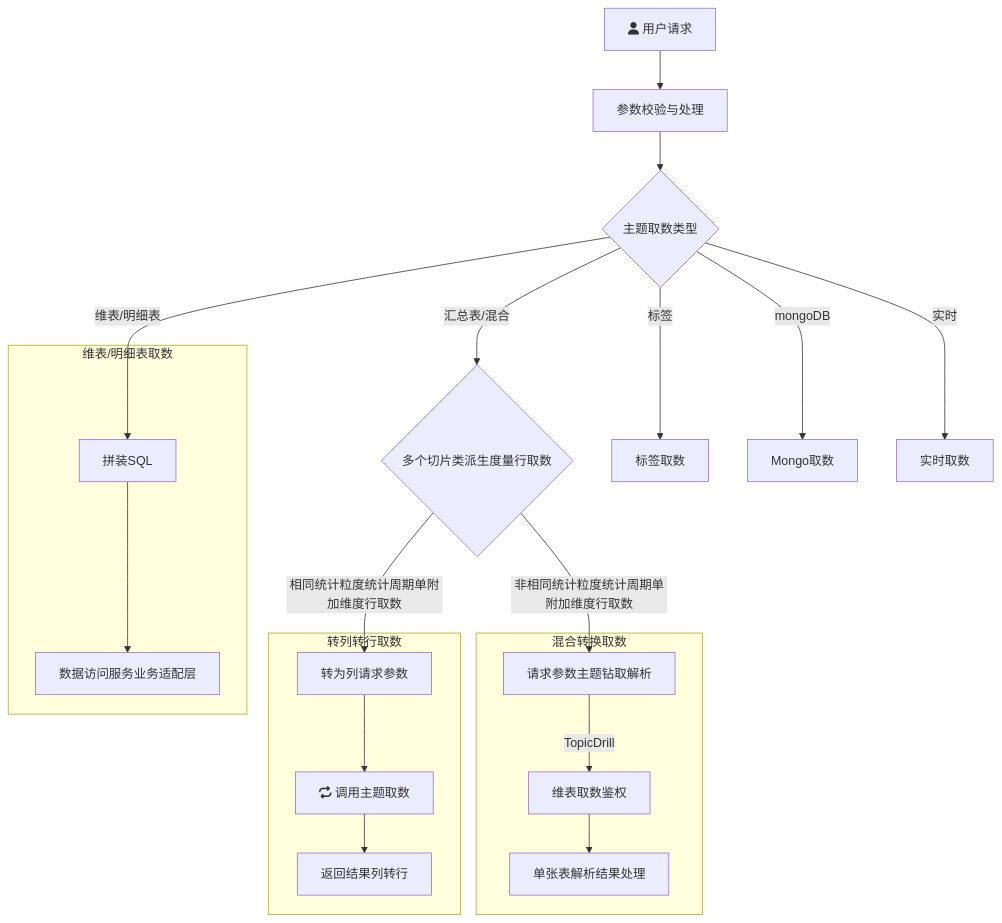
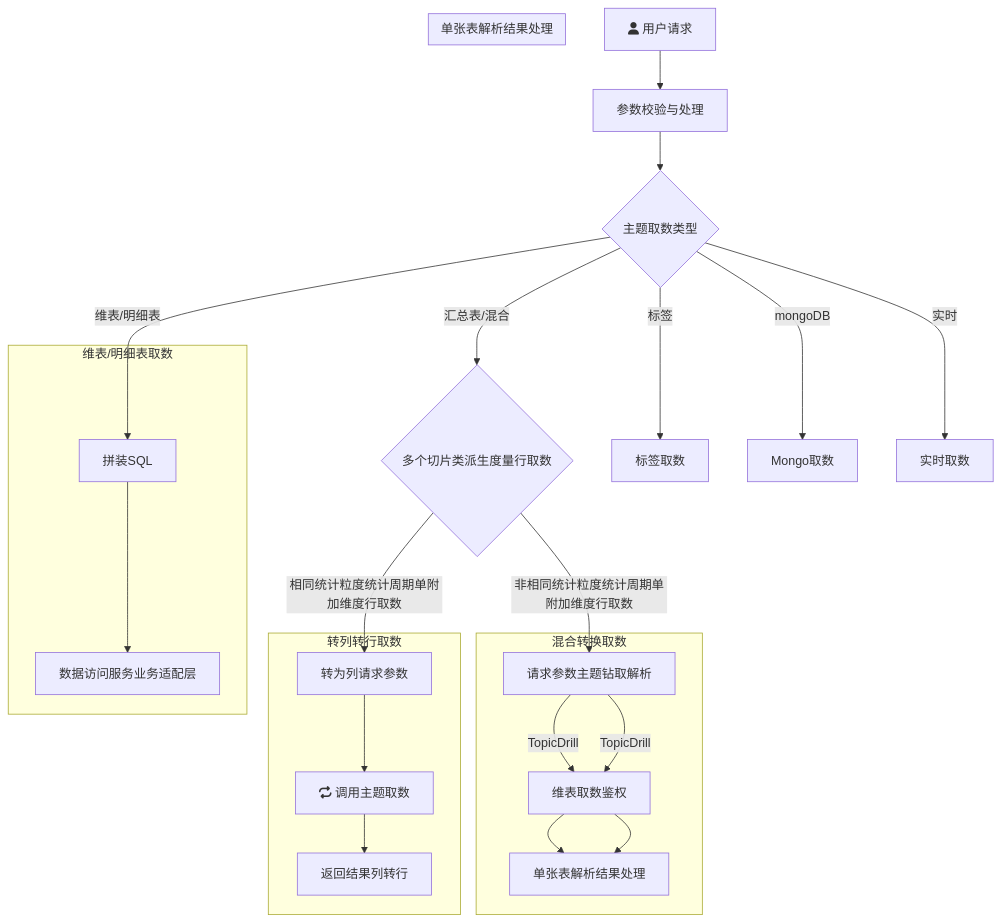
One commit to yanglosm/iodraw-files changed the diagram in all/未命名.md. Above: the diagram before and after it, drawn with Mermaid.

Commit message:
2024-11-29 18:44:55 update

````diff
--- a/all/未命名.md
+++ b/all/未命名.md
@@ -1,21 +1,23 @@
 ```mermaid
 flowchart TD
     A[fa:fa-user 用户请求] -->A1[参数校验与处理] --> B{主题取数类型}
     B -->|维表/明细表| D[拼装SQL]
     B -->|汇总表/混合| E{多个切片类派生度量行取数}
     B -->|标签| F[标签取数]
     B -->|mongoDB| G[Mongo取数]
     B -->|实时| H[实时取数]
     E -->|相同统计粒度统计周期单附加维度行取数| E1[转为列请求参数]
     E -->|非相同统计粒度统计周期单附加维度行取数| T1[请求参数主题钻取解析]
     subgraph 维表/明细表取数
     D-->D1[数据访问服务业务适配层]
     end
     subgraph 转列转行取数
     E1-->E11[fa:fa-repeat 调用主题取数]-->E12[返回结果列转行]
     end
     subgraph 混合转换取数
     T1-->|TopicDrill| T2[维表取数鉴权] --> T3[单张表解析结果处理]
     end
-    
+    subgraph 单张表解析结果处理
+    T1-->|TopicDrill| T2[维表取数鉴权] --> T3[单张表解析结果处理]
+    end
 ```
````
